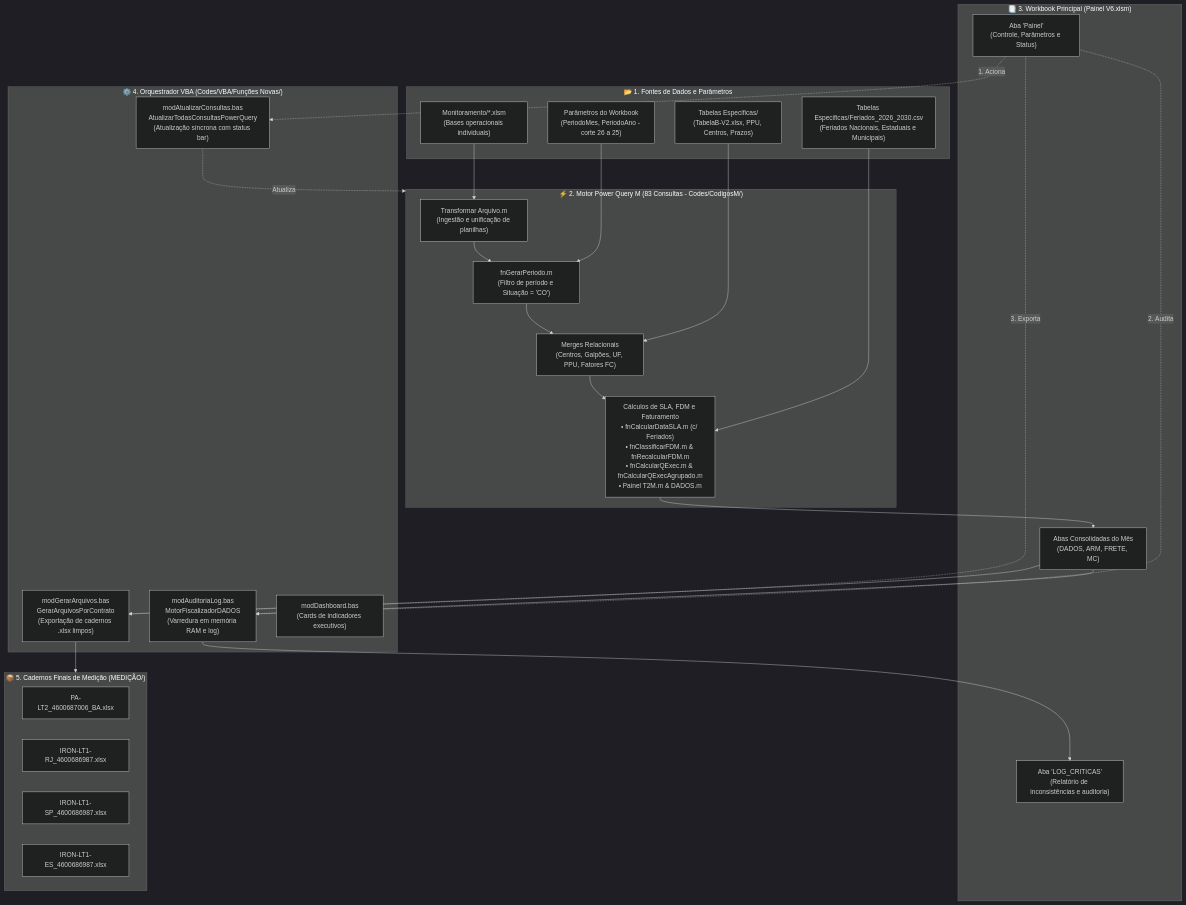
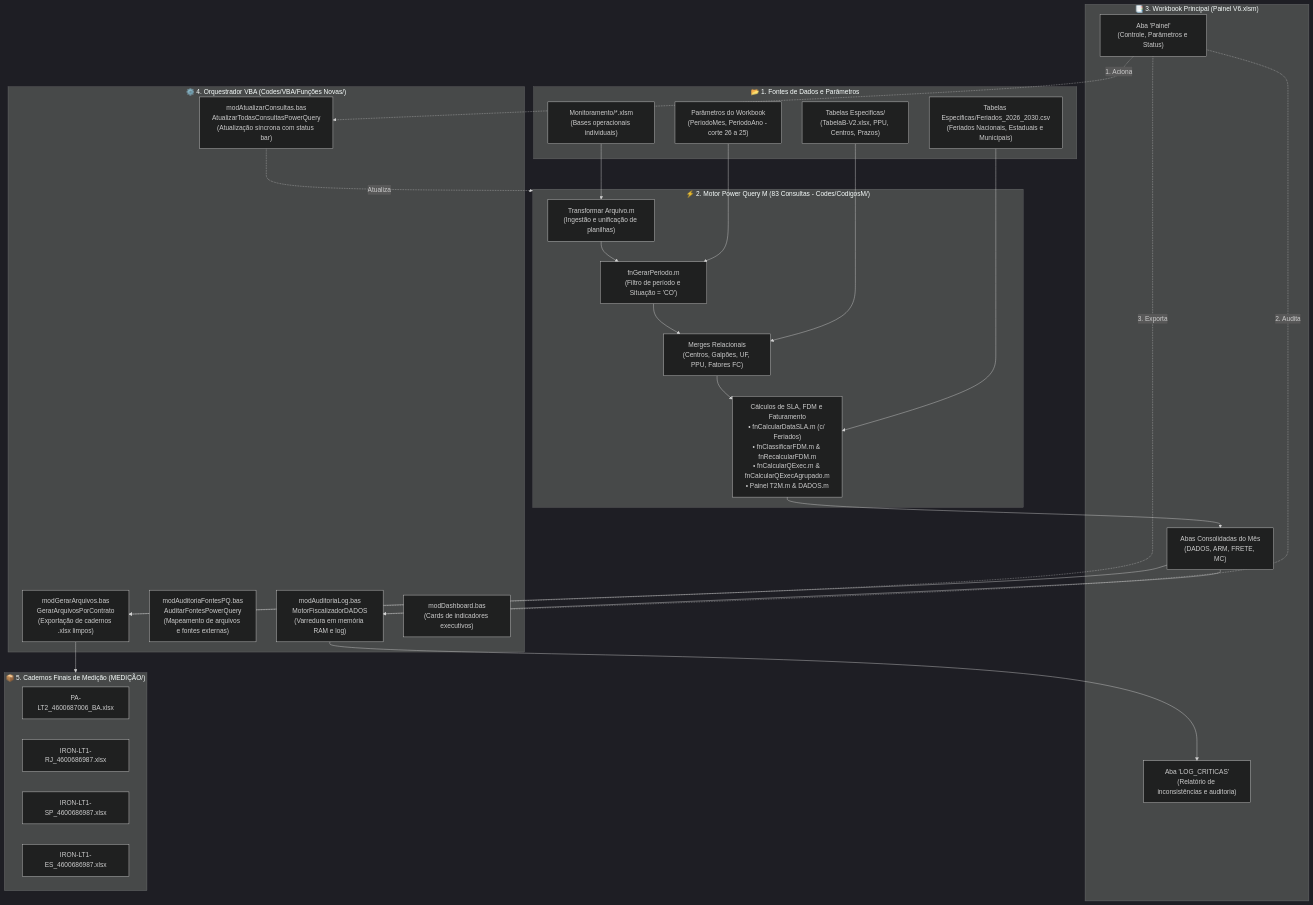
The diagram in README.md (thelmosym/PainelNovo), drawn with Mermaid (dark theme) before and after one commit. The commit also changed other lines of this file and 42 other files, not shown here.

````diff
--- a/README.md
+++ b/README.md
@@ -61,52 +61,53 @@
 ```mermaid
 flowchart TD
     subgraph ENTRADAS["📂 1. Fontes de Dados e Parâmetros"]
         MONIT["Monitoramento/*.xlsm<br/>(Bases operacionais individuais)"]
         TAB_REF["Tabelas Especificas/<br/>(TabelaB-V2.xlsx, PPU, Centros, Prazos)"]
         FERIADOS["Tabelas Especificas/Feriados_2026_2030.csv<br/>(Feriados Nacionais, Estaduais e Municipais)"]
         PARAM["Parâmetros do Workbook<br/>(PeriodoMes, PeriodoAno - corte 26 a 25)"]
     end
 
     subgraph ENGINE["⚡ 2. Motor Power Query M (83 Consultas - Codes/CodigosM/)"]
         PQ_INGEST["Transformar Arquivo.m<br/>(Ingestão e unificação de planilhas)"]
         PQ_FILTER["fnGerarPeriodo.m<br/>(Filtro de período e Situação = 'CO')"]
         PQ_MERGE["Merges Relacionais<br/>(Centros, Galpões, UF, PPU, Fatores FC)"]
         PQ_CALC["Cálculos de SLA, FDM e Faturamento<br/>• fnCalcularDataSLA.m (c/ Feriados)<br/>• fnClassificarFDM.m & fnRecalcularFDM.m<br/>• fnCalcularQExec.m & fnCalcularQExecAgrupado.m<br/>• Painel T2M.m & DADOS.m"]
     end
 
     subgraph WORKBOOK["📑 3. Workbook Principal (Painel V6.xlsm)"]
         ABA_PAINEL["Aba 'Painel'<br/>(Controle, Parâmetros e Status)"]
         ABAS_DADOS["Abas Consolidadas do Mês<br/>(DADOS, ARM, FRETE, MC)"]
         ABA_LOG["Aba 'LOG_CRITICAS'<br/>(Relatório de inconsistências e auditoria)"]
     end
 
     subgraph VBA_ORCH["⚙️ 4. Orquestrador VBA (Codes/VBA/Funções Novas/)"]
         VBA_REFRESH["modAtualizarConsultas.bas<br/>AtualizarTodasConsultasPowerQuery<br/>(Atualização síncrona com status bar)"]
         VBA_AUDIT["modAuditoriaLog.bas<br/>MotorFiscalizadorDADOS<br/>(Varredura em memória RAM e log)"]
+        VBA_AUDIT_PQ["modAuditoriaFontesPQ.bas<br/>AuditarFontesPowerQuery<br/>(Mapeamento de arquivos e fontes externas)"]
         VBA_EXPORT["modGerarArquivos.bas<br/>GerarArquivosPorContrato<br/>(Exportação de cadernos .xlsx limpos)"]
         VBA_DASH["modDashboard.bas<br/>(Cards de indicadores executivos)"]
     end
 
     subgraph SAIDA["📦 5. Cadernos Finais de Medição (MEDIÇÃO/)"]
         OUT_PA["PA-LT2_4600687006_BA.xlsx"]
         OUT_RJ["IRON-LT1-RJ_4600686987.xlsx"]
         OUT_SP["IRON-LT1-SP_4600686987.xlsx"]
         OUT_ES["IRON-LT1-ES_4600686987.xlsx"]
     end
 
     MONIT --> PQ_INGEST
     TAB_REF --> PQ_MERGE
     FERIADOS --> PQ_CALC
     PARAM --> PQ_FILTER
     PQ_INGEST --> PQ_FILTER --> PQ_MERGE --> PQ_CALC
     PQ_CALC --> ABAS_DADOS
 
     ABA_PAINEL -.->|1. Aciona| VBA_REFRESH
     VBA_REFRESH -.->|Atualiza| ENGINE
     ABA_PAINEL -.->|2. Audita| VBA_AUDIT
     ABAS_DADOS --> VBA_AUDIT
     VBA_AUDIT --> ABA_LOG
     ABA_PAINEL -.->|3. Exporta| VBA_EXPORT
     ABAS_DADOS --> VBA_EXPORT
     VBA_EXPORT --> SAIDA
 ```
````
